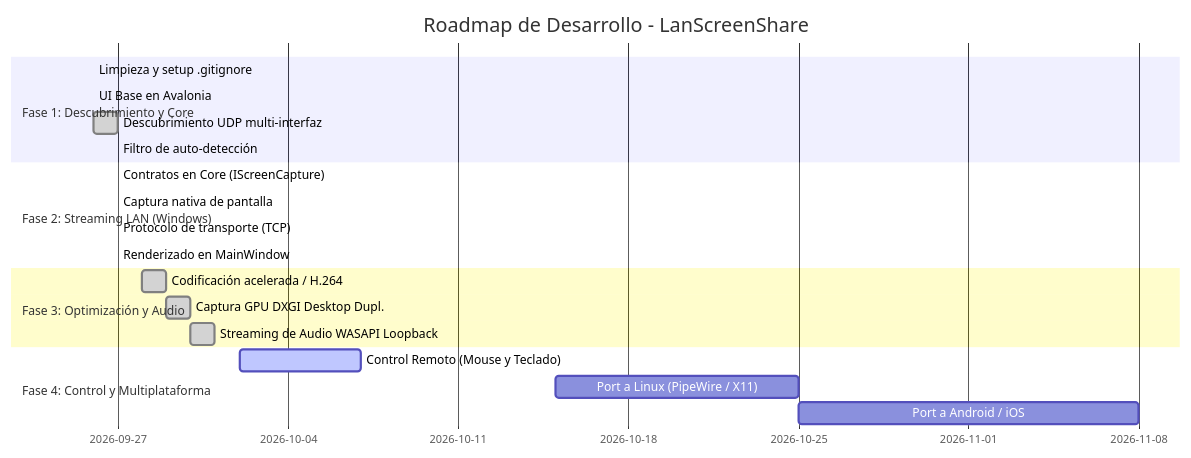
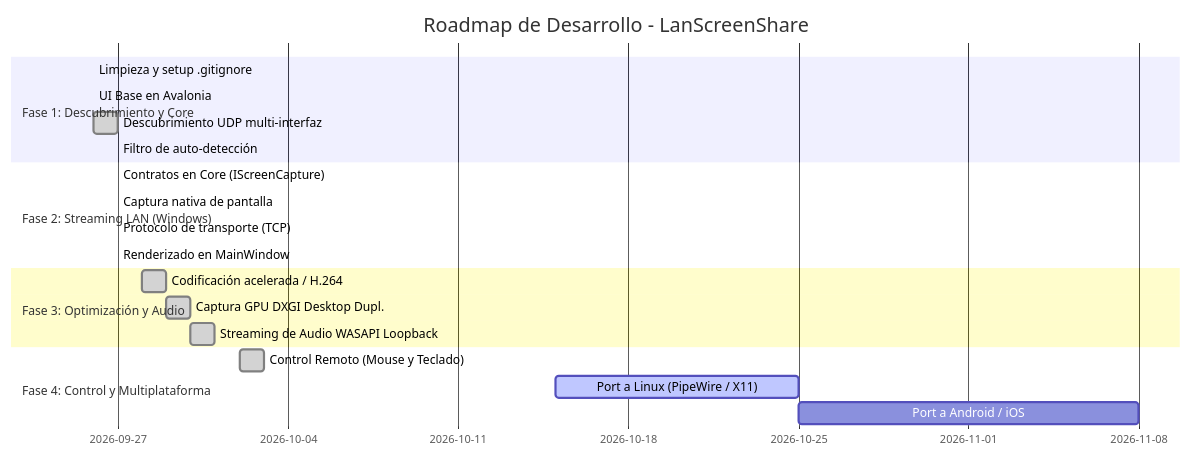
Before and after one commit to ginobermudez76/local_streaming: the first of 2 diagrams in PROJECT_ROADMAP.md, drawn with Mermaid. The commit also changed other lines of this file and 7 other files, not shown here.

Commit message:
feat(control): implementar control remoto interactivo de mouse y teclado con SendInput y protocolo TCP dedicado

````diff
--- a/PROJECT_ROADMAP.md
+++ b/PROJECT_ROADMAP.md
@@ -33,23 +33,23 @@
 ```mermaid
 gantt
     title Roadmap de Desarrollo - LanScreenShare
     dateFormat  YYYY-MM-DD
     section Fase 1: Descubrimiento y Core
     Limpieza y setup .gitignore       :done,    des1, 2026-09-26, 2026-09-26
     UI Base en Avalonia               :done,    des2, 2026-09-26, 2026-09-26
     Descubrimiento UDP multi-interfaz :done,    des3, 2026-09-26, 2026-09-27
     Filtro de auto-detección          :done,    des4, 2026-09-27, 2026-09-27
     section Fase 2: Streaming LAN (Windows)
     Contratos en Core (IScreenCapture):done,    str1, 2026-09-27, 2026-09-27
     Captura nativa de pantalla        :done,    str2, 2026-09-27, 2026-09-27
     Protocolo de transporte (TCP)     :done,    str3, 2026-09-27, 2026-09-27
     Renderizado en MainWindow         :done,    str4, 2026-09-27, 2026-09-27
     section Fase 3: Optimización y Audio
     Codificación acelerada / H.264    :done,    opt1, 2026-09-28, 2026-09-29
     Captura GPU DXGI Desktop Dupl.    :done,    opt2, 2026-09-29, 2026-09-30
     Streaming de Audio WASAPI Loopback:done,    opt3, 2026-09-30, 2026-10-01
     section Fase 4: Control y Multiplataforma
-    Control Remoto (Mouse y Teclado)  :active,  ctrl1, 2026-10-02, 5d
-    Port a Linux (PipeWire / X11)     :         cross1, 2026-10-15, 10d
+    Control Remoto (Mouse y Teclado)  :done,    ctrl1, 2026-10-02, 2026-10-03
+    Port a Linux (PipeWire / X11)     :active,  cross1, 2026-10-15, 10d
     Port a Android / iOS              :         cross2, after cross1, 14d
 ```
````
